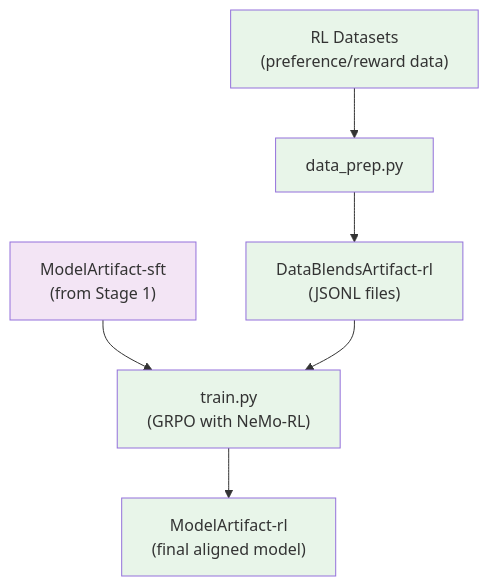
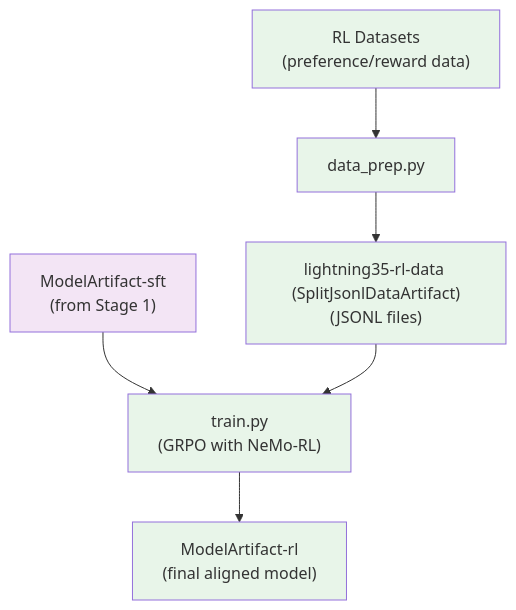
The diagram in src/nemotron/recipes/lightning35/stage2_rl/README.md (NVIDIA-NeMo/Nemotron), drawn with Mermaid before and after one commit. The commit also changed other lines of this file and 37 other files, not shown here.

````diff
--- a/src/nemotron/recipes/lightning35/stage2_rl/README.md
+++ b/src/nemotron/recipes/lightning35/stage2_rl/README.md
@@ -231,15 +231,15 @@
 ```mermaid
 flowchart TB
     prev["ModelArtifact-sft<br/>(from Stage 1)"] --> train
     rl["RL Datasets<br/>(preference/reward data)"] --> dp["data_prep.py"]
-    dp --> data["DataBlendsArtifact-rl<br/>(JSONL files)"]
+    dp --> data["lightning35-rl-data (SplitJsonlDataArtifact)<br/>(JSONL files)"]
     data --> train["train.py<br/>(GRPO with NeMo-RL)"]
     train --> model["ModelArtifact-rl<br/>(final aligned model)"]
 
     style prev fill:#f3e5f5
     style rl fill:#e8f5e9
     style dp fill:#e8f5e9
     style data fill:#e8f5e9
     style train fill:#e8f5e9
     style model fill:#e8f5e9
 ```
````
